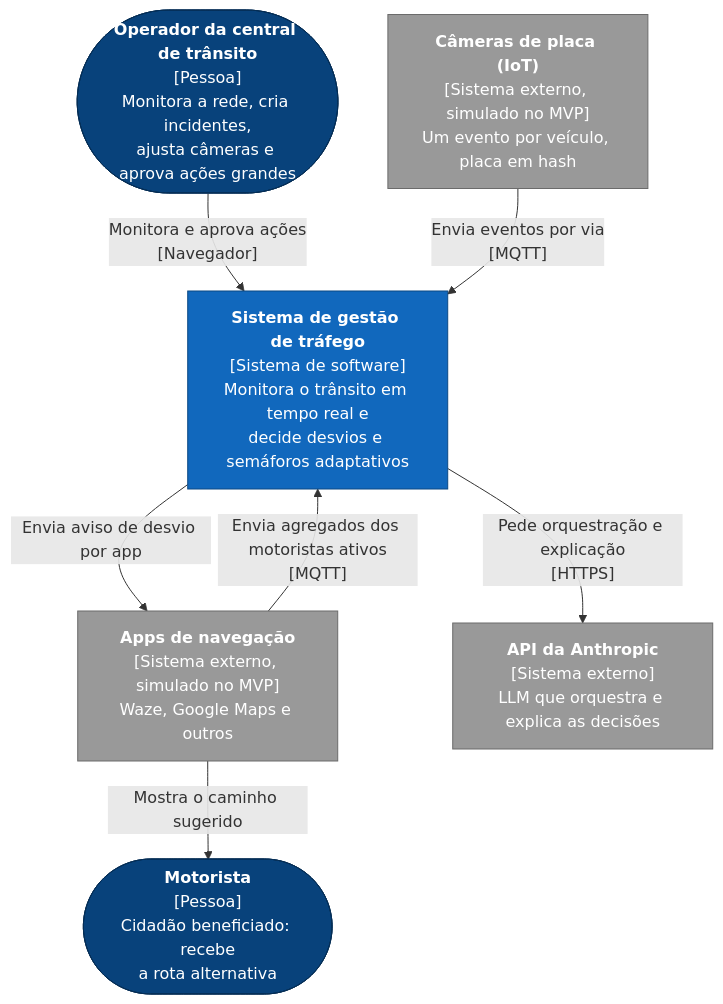
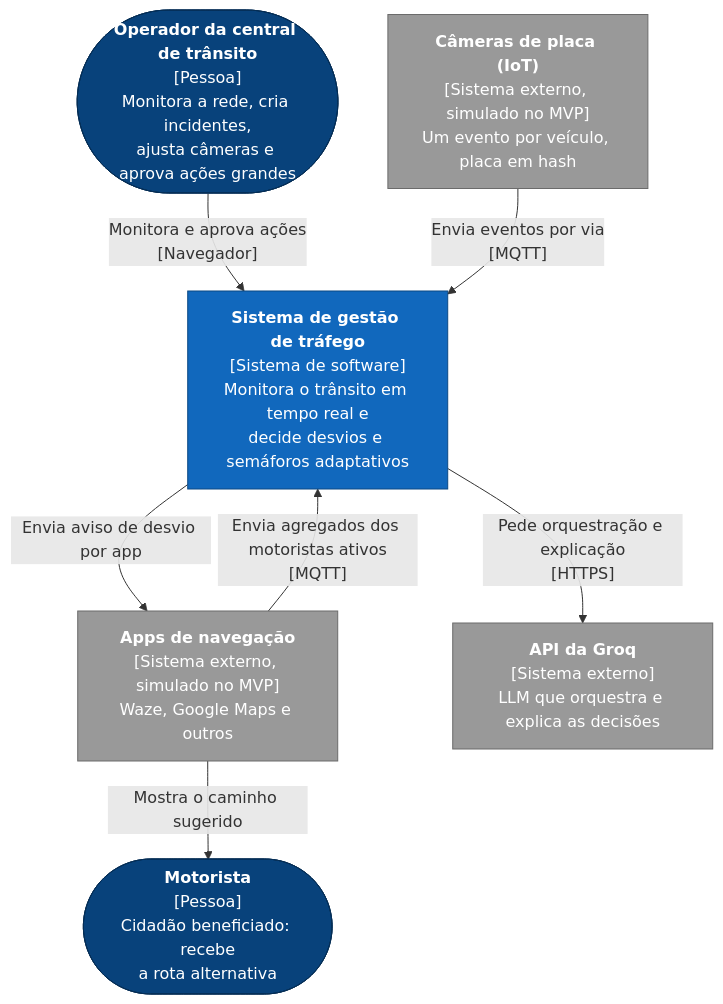
The second of 3 diagrams in 2TIAO/GLOBAL-SOLUTION-2/GETTING_STARTED.md (EdsonHenrique96/global-solution-2), drawn with Mermaid before and after one commit. The commit also changed other lines of this file and 17 other files, not shown here.

````diff
--- a/2TIAO/GLOBAL-SOLUTION-2/GETTING_STARTED.md
+++ b/2TIAO/GLOBAL-SOLUTION-2/GETTING_STARTED.md
@@ -73,25 +73,25 @@
 ```mermaid
 flowchart TB
     operador(["<b>Operador da central de trânsito</b><br/>[Pessoa]<br/>Monitora a rede, cria incidentes,<br/>ajusta câmeras e aprova ações grandes"])
     motorista(["<b>Motorista</b><br/>[Pessoa]<br/>Cidadão beneficiado: recebe<br/>a rota alternativa"])
 
     sistema["<b>Sistema de gestão de tráfego</b><br/>[Sistema de software]<br/>Monitora o trânsito em tempo real e<br/>decide desvios e semáforos adaptativos"]
 
     cameras["<b>Câmeras de placa (IoT)</b><br/>[Sistema externo, simulado no MVP]<br/>Um evento por veículo, placa em hash"]
     apps["<b>Apps de navegação</b><br/>[Sistema externo, simulado no MVP]<br/>Waze, Google Maps e outros"]
-    llm["<b>API da Anthropic</b><br/>[Sistema externo]<br/>LLM que orquestra e explica as decisões"]
+    llm["<b>API da Groq</b><br/>[Sistema externo]<br/>LLM que orquestra e explica as decisões"]
 
     operador -- "Monitora e aprova ações<br/>[Navegador]" --> sistema
     cameras -- "Envia eventos por via<br/>[MQTT]" --> sistema
     sistema -- "Pede orquestração e explicação<br/>[HTTPS]" --> llm
     apps -- "Envia agregados dos motoristas ativos<br/>[MQTT]" --> sistema
     sistema -- "Envia aviso de desvio por app" --> apps
     apps -- "Mostra o caminho sugerido" --> motorista
 
     classDef person fill:#08427b,stroke:#052e56,color:#fff
     classDef system fill:#1168bd,stroke:#0b4884,color:#fff
     classDef external fill:#999,stroke:#6b6b6b,color:#fff
     class operador,motorista person
     class sistema system
     class cameras,apps,llm external
 ```
````
